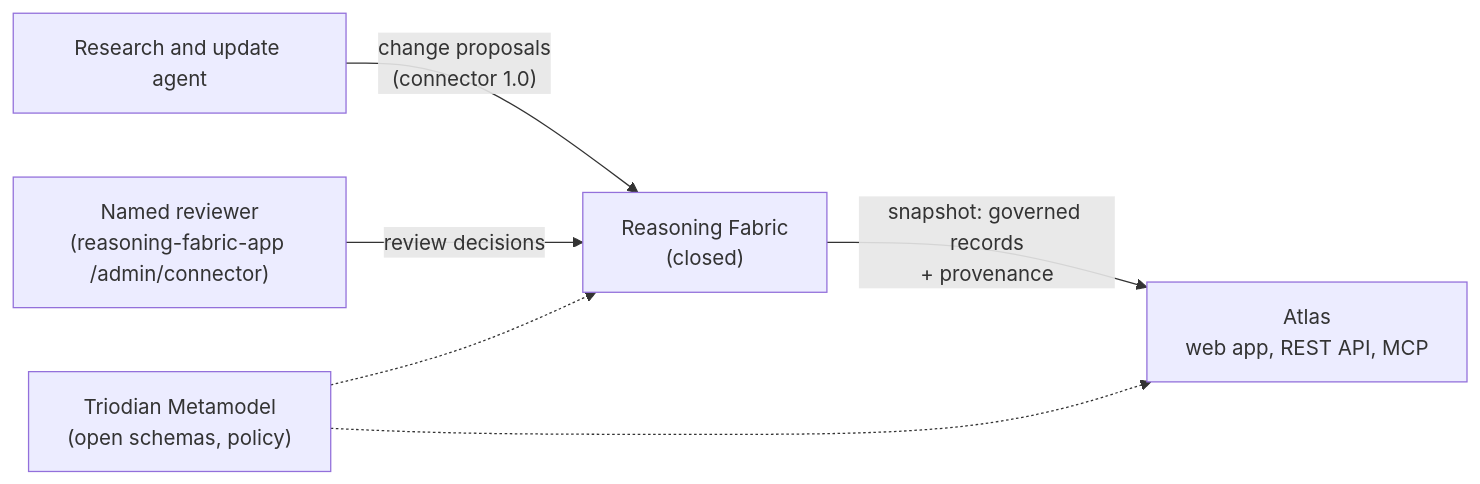
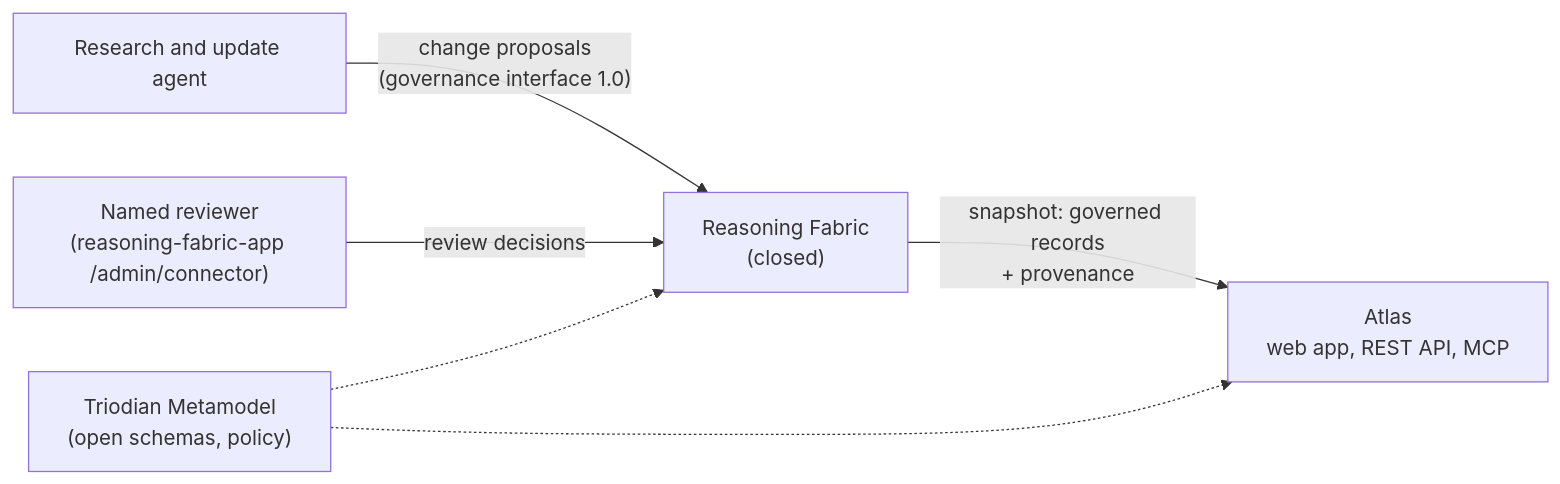
The diagram in README.md (Triodian/obligations-atlas), drawn with Mermaid before and after one commit. The commit also changed other lines of this file and 20 other files, not shown here.

First line of the commit message:
Follow the Metamodel's governance interface (schemas/governance, interfaceVersion); regenerate seed result and snapshots

````diff
--- a/README.md
+++ b/README.md
@@ -14,8 +14,8 @@
 ```mermaid
 flowchart LR
-  R["Research and update agent"] -- "change proposals<br/>(connector 1.0)" --> F["Reasoning Fabric<br/>(closed)"]
+  R["Research and update agent"] -- "change proposals<br/>(governance interface 1.0)" --> F["Reasoning Fabric<br/>(closed)"]
   V["Named reviewer<br/>(reasoning-fabric-app /admin/connector)"] -- "review decisions" --> F
   F -- "snapshot: governed records<br/>+ provenance" --> A["Atlas<br/>web app, REST API, MCP"]
   M["Triodian Metamodel<br/>(open schemas, policy)"] -.-> F
   M -.-> A
 ```
````
